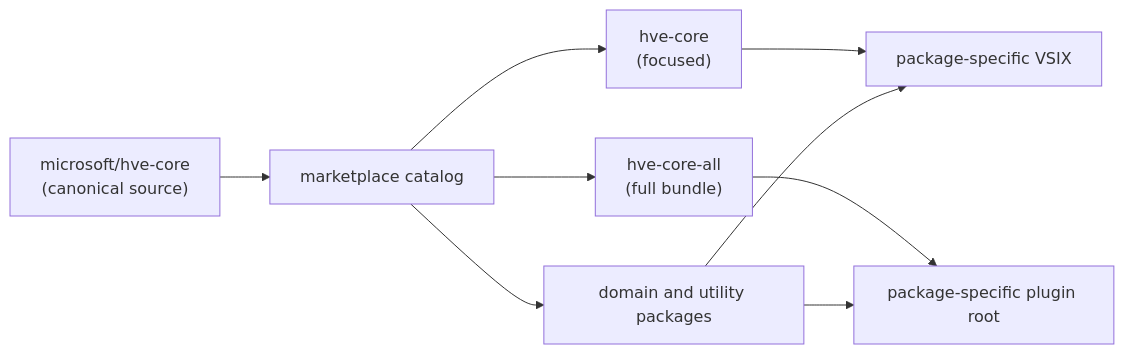
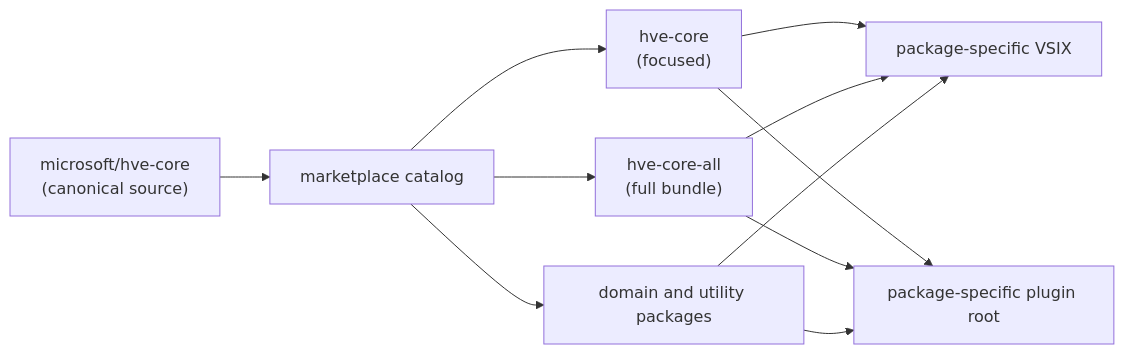
One commit to microsoft/hve-core changed the diagram in docs/getting-started/install.md. Above: the diagram before and after it, drawn with Mermaid. The commit also changed other lines of this file and 8 other files, not shown here.

````diff
--- a/docs/getting-started/install.md
+++ b/docs/getting-started/install.md
@@ -65,11 +65,13 @@
 ```mermaid
 graph LR
    REPO["microsoft/hve-core<br/>(canonical source)"] --> CATALOG["marketplace catalog"]
    CATALOG --> FOCUSED["hve-core<br/>(focused)"]
    CATALOG --> FULL["hve-core-all<br/>(full bundle)"]
    CATALOG --> DOMAIN["domain and utility packages"]
    FOCUSED --> EXT["package-specific VSIX"]
-   FULL --> PLUGIN["package-specific plugin root"]
+   FOCUSED --> PLUGIN["package-specific plugin root"]
+   FULL --> EXT
+   FULL --> PLUGIN
    DOMAIN --> EXT
    DOMAIN --> PLUGIN
 ```
````
